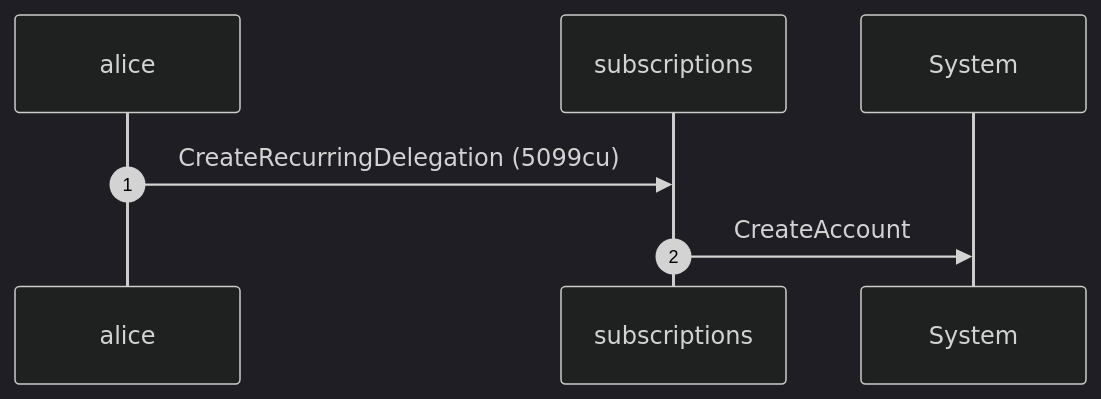
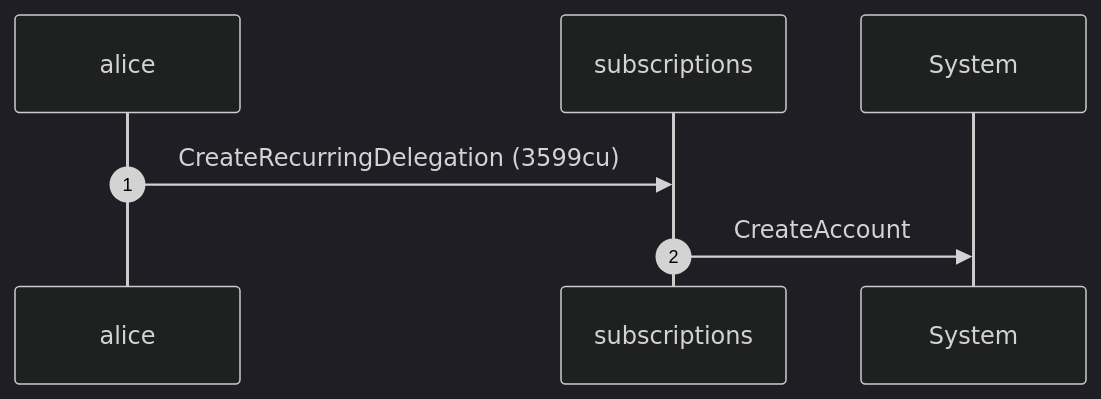
Before and after one commit to cds-rs/subscriptions: the fifth of 16 diagrams in dsl_tests/payer-recovers-a-no-expiry-recurring-delegation-after-the-authority-is-closed.md, drawn with Mermaid (dark theme). The commit also changed other lines of this file and 224 other files, not shown here.

````diff
--- a/dsl_tests/payer-recovers-a-no-expiry-recurring-delegation-after-the-authority-is-closed.md
+++ b/dsl_tests/payer-recovers-a-no-expiry-recurring-delegation-after-the-authority-is-closed.md
@@ -105,9 +111,9 @@
 ```mermaid
 sequenceDiagram
     autonumber
     participant alice
     participant subscriptions
     participant System
-    alice ->> subscriptions: CreateRecurringDelegation (5099cu)
+    alice ->> subscriptions: CreateRecurringDelegation (3599cu)
     subscriptions ->> System: CreateAccount
 ```
````
